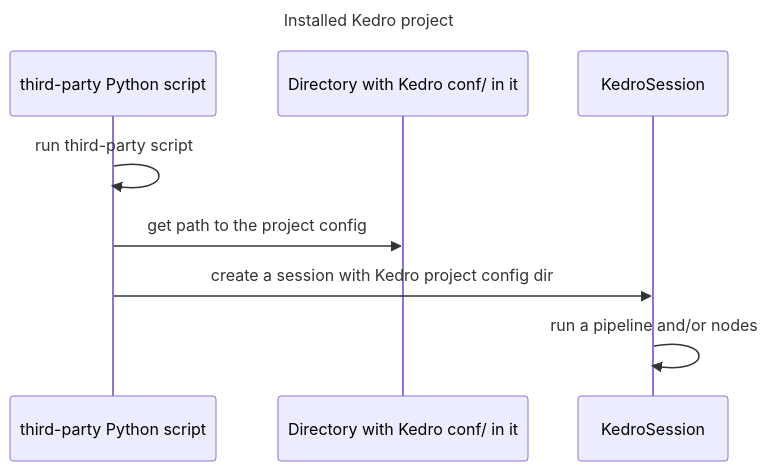
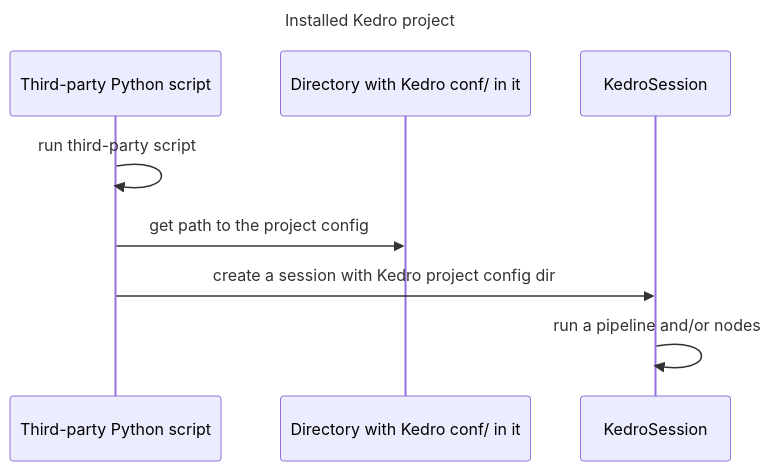
Before and after one commit to kedro-org/kedro: the diagram in docs/diagrams/installed-kedro-project.md, drawn with Mermaid.

````diff
--- a/docs/diagrams/installed-kedro-project.md
+++ b/docs/diagrams/installed-kedro-project.md
@@ -1,13 +1,13 @@
 ```mermaid
 sequenceDiagram
     title Installed Kedro project
 
-    participant script as third-party Python script
+    participant script as Third-party Python script
     participant curr_dir as Directory with Kedro conf/ in it
     participant session as KedroSession
 
     script->>script: run third-party script
     script->>curr_dir: get path to the project config
     script->>session: create a session with Kedro project config dir
     session->>session: run a pipeline and/or nodes
 ```
````
